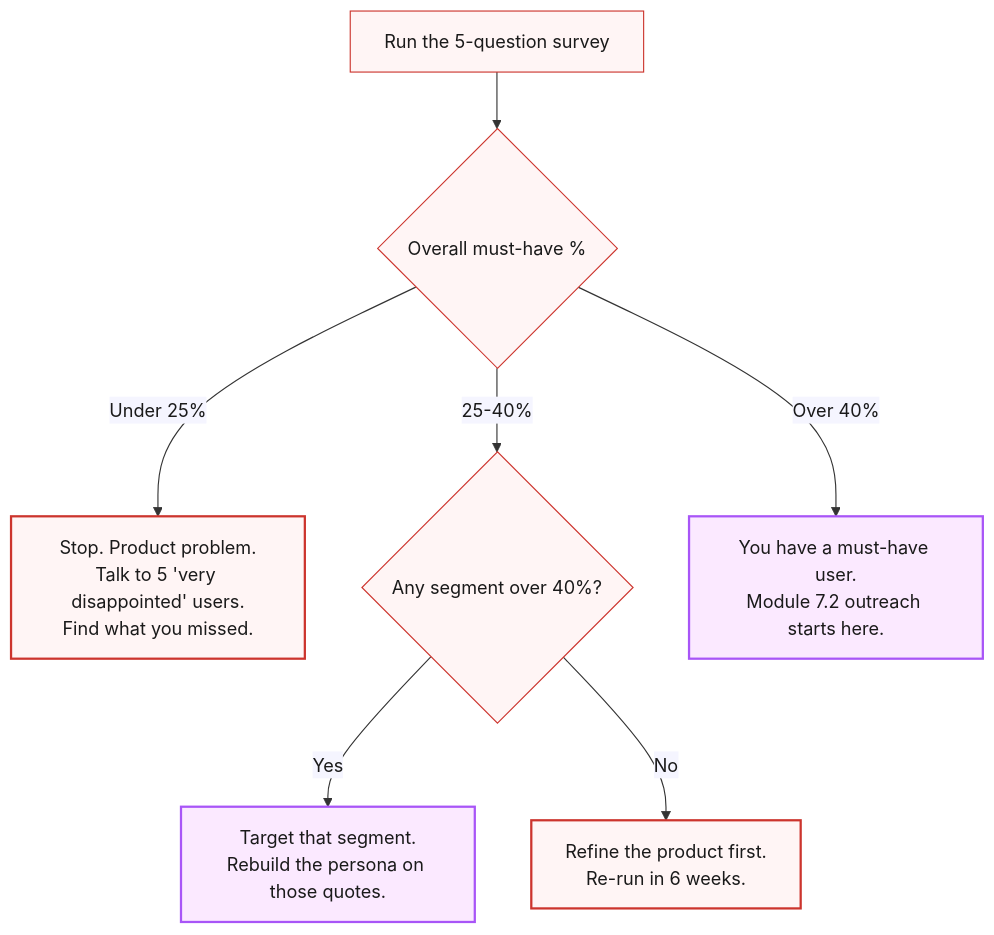
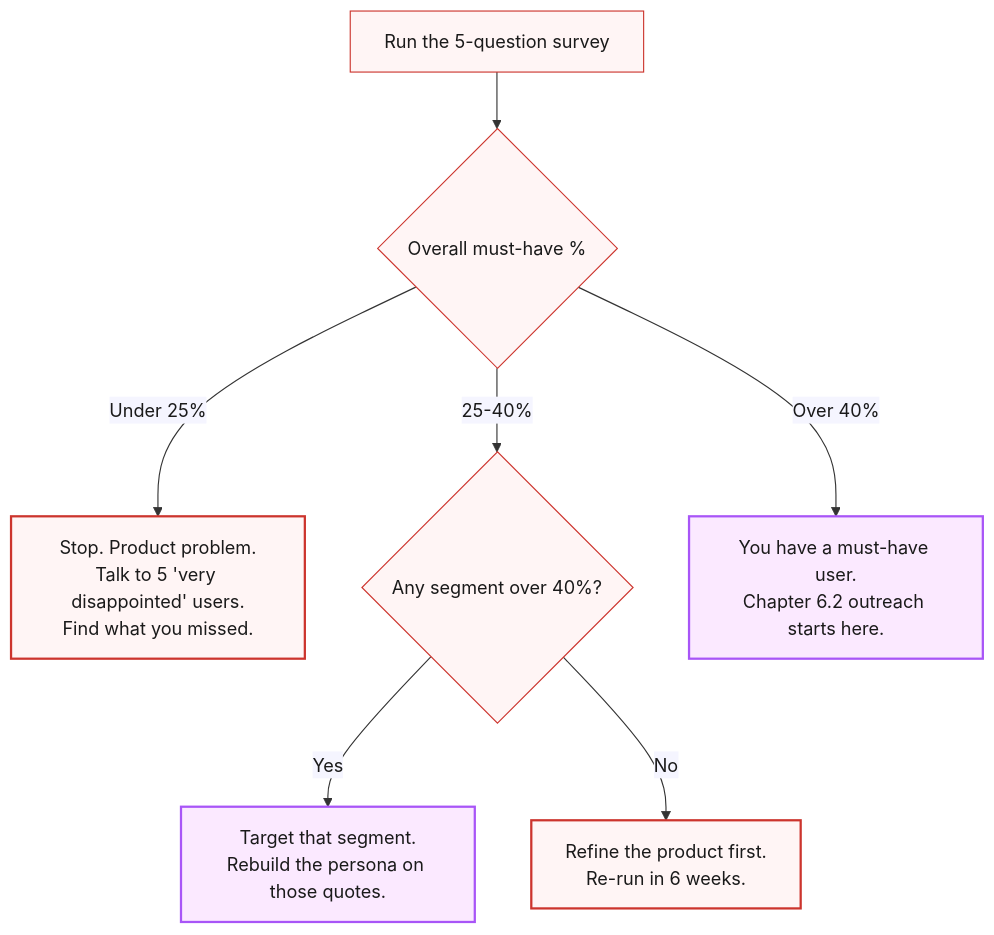
The diagram in content/blog/must-have-segment-pmf-test/index.md (jetthoughts/jetthoughts.github.io), drawn with Mermaid before and after one commit. The commit also changed other lines of this file and 110 other files, not shown here.

````diff
--- a/content/blog/must-have-segment-pmf-test/index.md
+++ b/content/blog/must-have-segment-pmf-test/index.md
@@ -127,14 +130,14 @@
 ```mermaid
 %%{init: {'theme':'base', 'themeVariables': {'fontFamily':'Caveat, Patrick Hand, cursive', 'primaryColor':'#fff5f5', 'primaryBorderColor':'#cc342d', 'lineColor':'#333', 'primaryTextColor':'#1a1a1a'}}}%%
 flowchart TD
     A[Run the 5-question survey] --> B{Overall must-have %}
     B -->|Under 25%| C[Stop. Product problem.<br/>Talk to 5 'very disappointed' users.<br/>Find what you missed.]
     B -->|25-40%| D{Any segment over 40%?}
-    B -->|Over 40%| E[You have a must-have user.<br/>Module 7.2 outreach starts here.]
+    B -->|Over 40%| E[You have a must-have user.<br/>Chapter 6.2 outreach starts here.]
     D -->|Yes| F[Target that segment.<br/>Rebuild the persona on those quotes.]
     D -->|No| G[Refine the product first.<br/>Re-run in 6 weeks.]
     classDef redbox fill:#fff5f5,stroke:#cc342d,stroke-width:2px;
     classDef purplebox fill:#fbe9ff,stroke:#a855f7,stroke-width:2px;
     class C,G redbox;
     class E,F purplebox;
 ```
````
